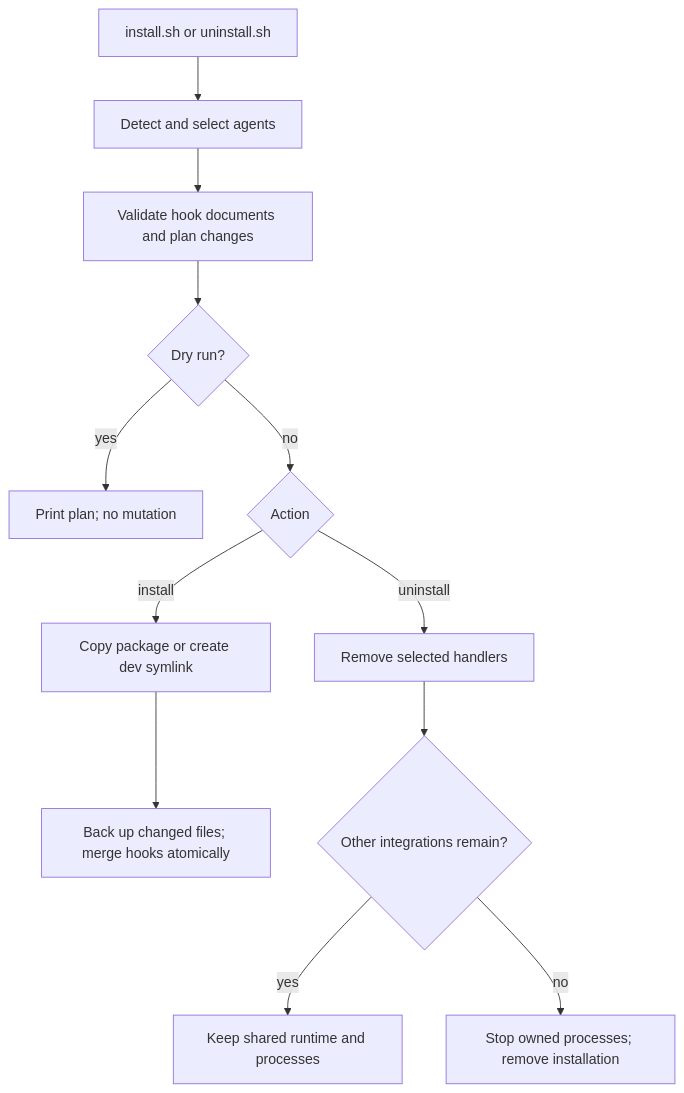
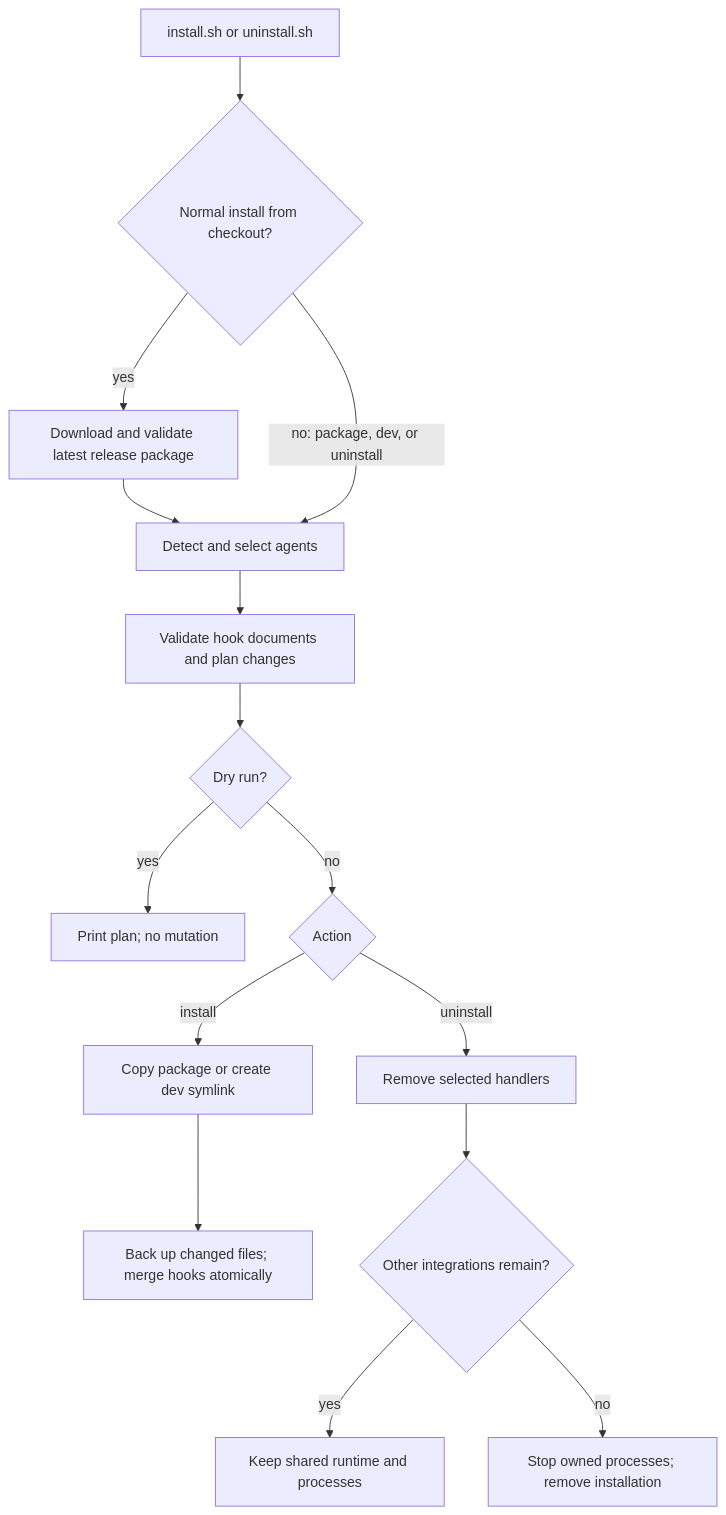
Before and after one commit to zorhay/code-gossip: the sixth of 7 diagrams in ARCHITECTURE.md, drawn with Mermaid. The commit also changed other lines of this file and 25 other files, not shown here.

````diff
--- a/ARCHITECTURE.md
+++ b/ARCHITECTURE.md
@@ -288,14 +288,17 @@
 ```mermaid
 flowchart TD
-    Entry[install.sh or uninstall.sh] --> Select[Detect and select agents]
+    Entry[install.sh or uninstall.sh] --> Source{Normal install from checkout?}
+    Source -->|yes| Package[Download and validate latest release package]
+    Package --> Select[Detect and select agents]
+    Source -->|no: package, dev, or uninstall| Select
     Select --> Validate[Validate hook documents and plan changes]
     Validate --> Dry{Dry run?}
     Dry -->|yes| Report[Print plan; no mutation]
     Dry -->|no| Action{Action}
     Action -->|install| Files[Copy package or create dev symlink]
     Files --> Hooks[Back up changed files; merge hooks atomically]
     Action -->|uninstall| Remove[Remove selected handlers]
     Remove --> Remaining{Other integrations remain?}
     Remaining -->|yes| Keep[Keep shared runtime and processes]
     Remaining -->|no| Cleanup[Stop owned processes; remove installation]
 ```
````
